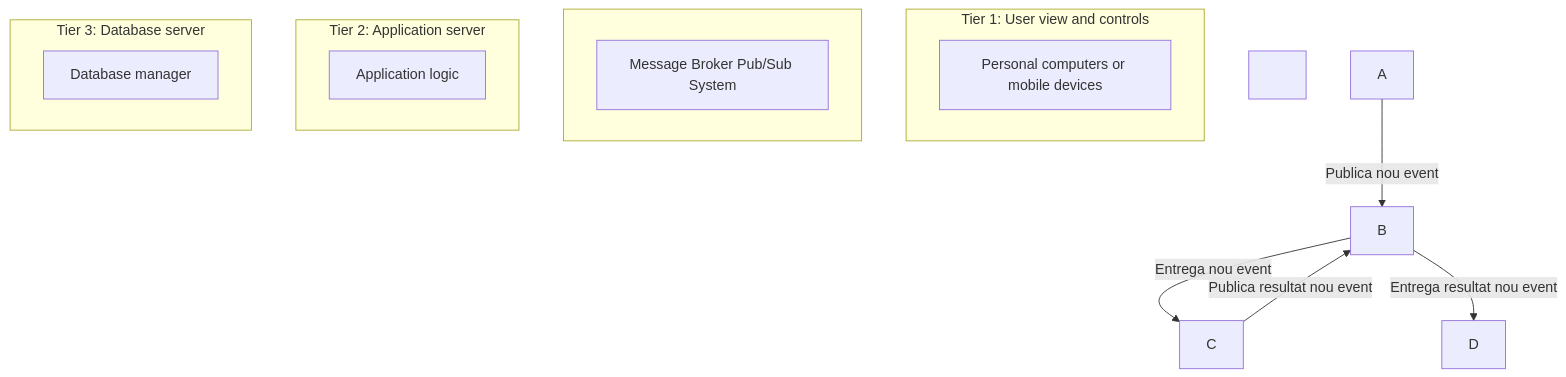
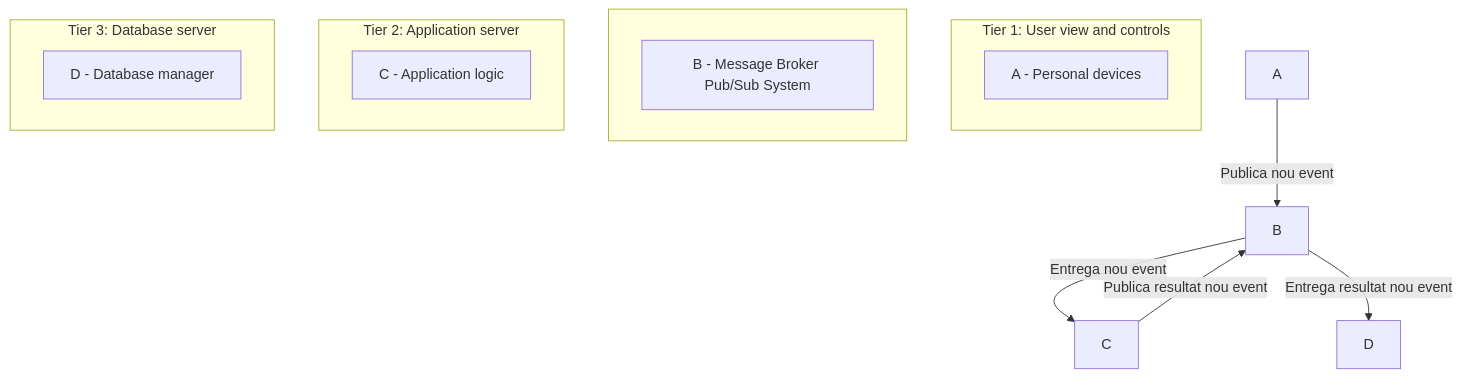
The diagram in PAC1_Ex2.md (abolance/LocalizaMe), drawn with Mermaid before and after one commit. The commit also changed other lines of this file, not shown here.

Commit message:
Update diagram labels in PAC1_Ex2.md

````diff
--- a/PAC1_Ex2.md
+++ b/PAC1_Ex2.md
@@ -1,23 +1,23 @@
 ```mermaid
 graph TD
 subgraph Tier 1: User view and controls
-A\[Personal computers or mobile devices]
+A\[A - Personal devices]
 end
 
 subgraph " "
-B\[Message Broker Pub/Sub System]
+B\[B - Message Broker Pub/Sub System]
 end
 
 subgraph Tier 2: Application server
-C\[Application logic]
+C\[C - Application logic]
 end
 
 subgraph Tier 3: Database server
-D\[Database manager]
+D\[D - Database manager]
 end
 
-&nbsp;   A -- Publica nou event --> B
-&nbsp;   B -- Entrega nou event --> C
-&nbsp;   C -- Publica resultat nou event --> B
-&nbsp;   B -- Entrega resultat nou event --> D
+A -- Publica nou event --> B
+B -- Entrega nou event --> C
+C -- Publica resultat nou event --> B
+B -- Entrega resultat nou event --> D
 ```
````
